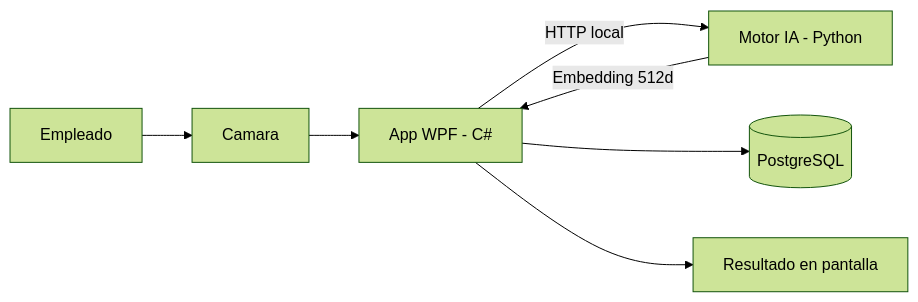
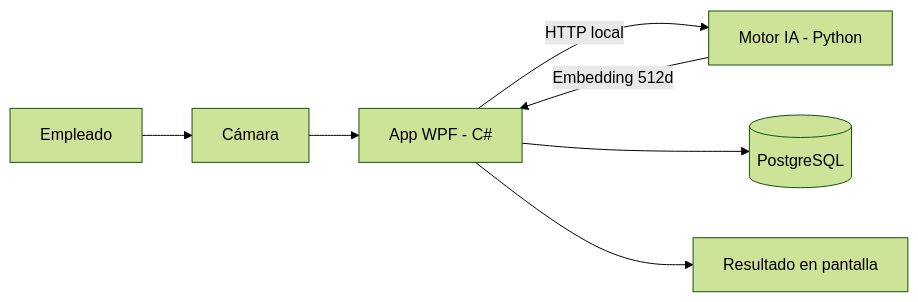
One commit to ramarstudio/RAMar_Repo changed the diagram in docs/index.md. Above: the diagram before and after it, drawn with Mermaid (forest theme). The commit also changed other lines of this file and 14 other files, not shown here.

````diff
--- a/docs/index.md
+++ b/docs/index.md
@@ -34,9 +34,9 @@
 ```mermaid
 graph LR
-    A[Empleado] --> B[Camara]
+    A[Empleado] --> B[Cámara]
     B --> C[App WPF - C#]
     C -->|HTTP local| D[Motor IA - Python]
     D -->|Embedding 512d| C
     C --> E[(PostgreSQL)]
     C --> F[Resultado en pantalla]
 ```
````
